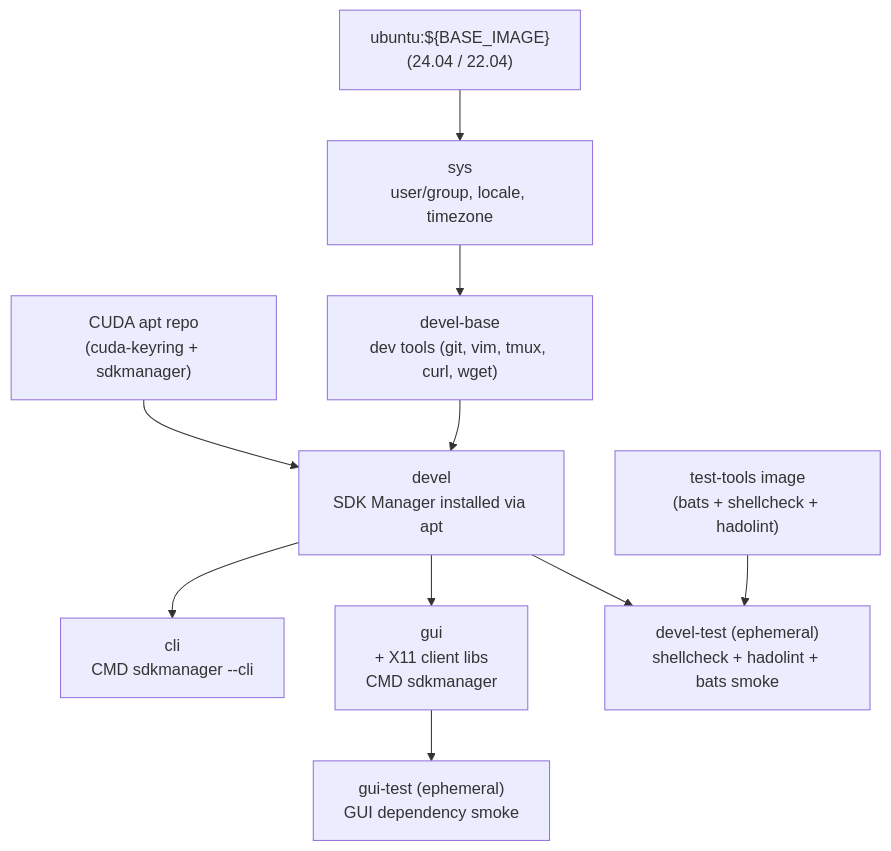
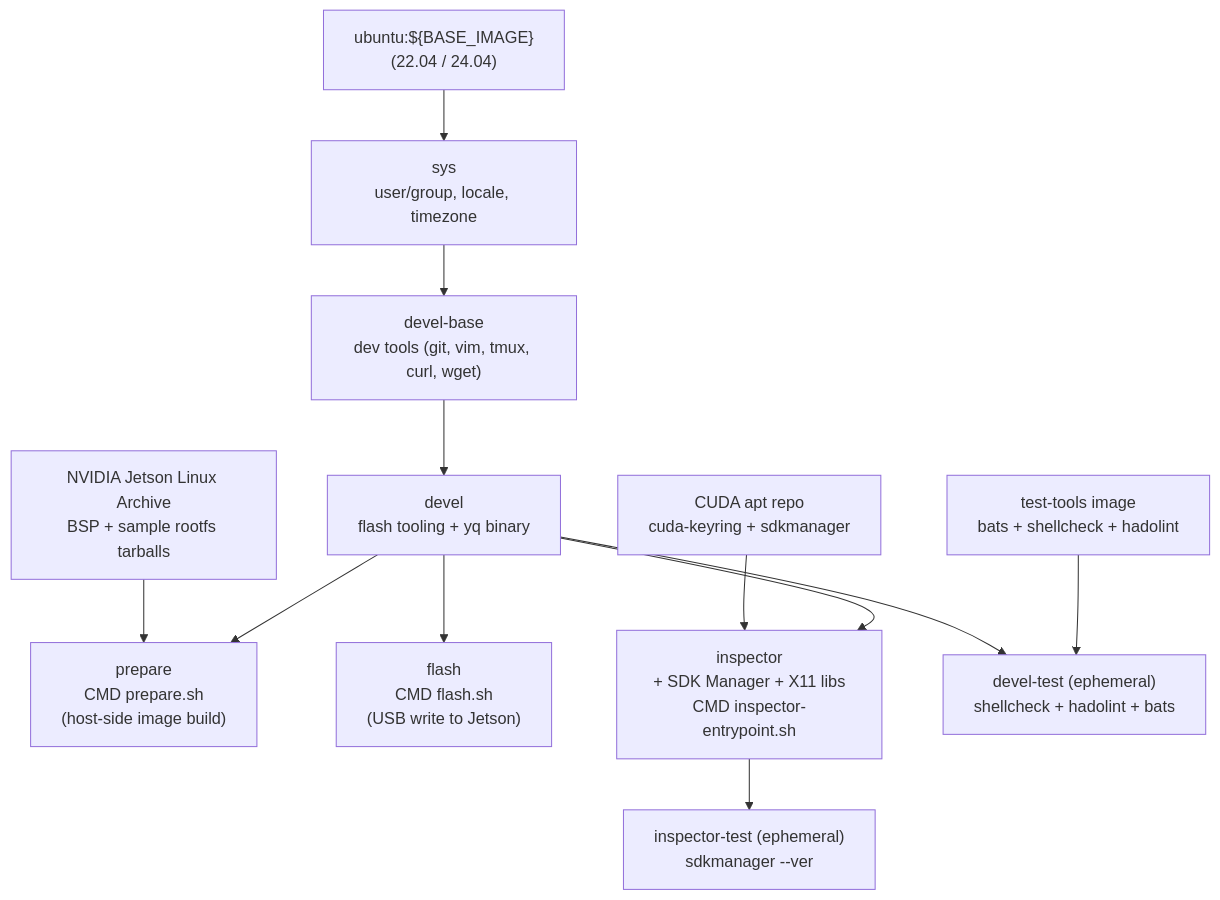
Before and after one commit to ycpss91255-docker/jetson_sdk_manager: the diagram in README.md, drawn with Mermaid. The commit also changed other lines of this file and 6 other files, not shown here.

````diff
--- a/README.md
+++ b/README.md
@@ -268,18 +189,21 @@
 ```mermaid
 graph TD
-    EXT1["test-tools image\n(bats + shellcheck + hadolint)"]
-    EXT2["ubuntu:${BASE_IMAGE}\n(24.04 / 22.04)"]
-    EXT3["CUDA apt repo\n(cuda-keyring + sdkmanager)"]
+    EXT1["test-tools image\nbats + shellcheck + hadolint"]
+    EXT2["ubuntu:${BASE_IMAGE}\n(22.04 / 24.04)"]
+    EXT3["NVIDIA Jetson Linux Archive\nBSP + sample rootfs tarballs"]
+    EXT4["CUDA apt repo\ncuda-keyring + sdkmanager"]
 
     EXT2 --> sys["sys\nuser/group, locale, timezone"]
     sys --> devel-base["devel-base\ndev tools (git, vim, tmux, curl, wget)"]
-    devel-base --> devel["devel\nSDK Manager installed via apt"]
+    devel-base --> devel["devel\nflash tooling + yq binary"]
 
-    devel --> cli["cli\nCMD sdkmanager --cli"]
-    devel --> gui["gui\n+ X11 client libs\nCMD sdkmanager"]
+    devel --> prepare["prepare\nCMD prepare.sh\n(host-side image build)"]
+    EXT3 --> prepare
+    devel --> flash["flash\nCMD flash.sh\n(USB write to Jetson)"]
+    devel --> inspector["inspector\n+ SDK Manager + X11 libs\nCMD inspector-entrypoint.sh"]
+    EXT4 --> inspector
 
-    EXT1 --> devel-test["devel-test (ephemeral)\nshellcheck + hadolint + bats smoke"]
+    EXT1 --> devel-test["devel-test (ephemeral)\nshellcheck + hadolint + bats"]
     devel --> devel-test
-    gui --> gui-test["gui-test (ephemeral)\nGUI dependency smoke"]
-    EXT3 --> devel
+    inspector --> inspector-test["inspector-test (ephemeral)\nsdkmanager --ver"]
 ```
````
